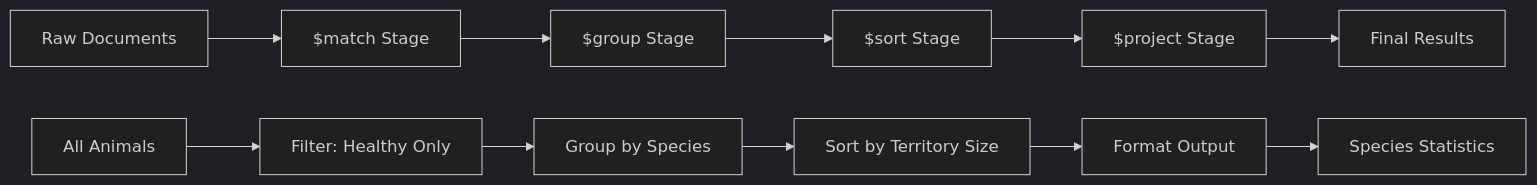
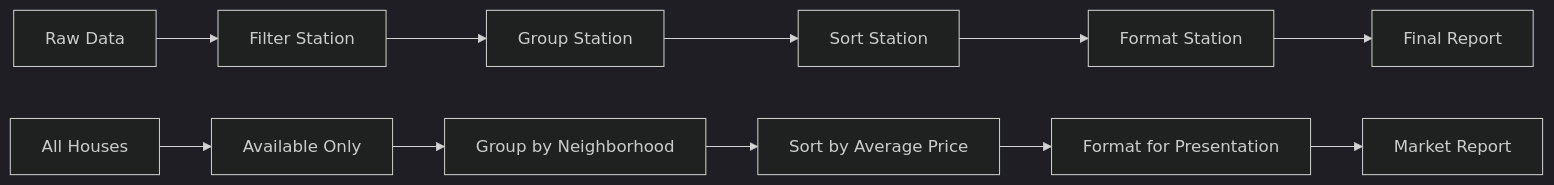
One commit to viswanathsandu/QuickGuides changed the eighth of 11 diagrams in mongodb-nature-guide.md. Above: the diagram before and after it, drawn with Mermaid (dark theme). The commit also changed other lines of this file, not shown here.

````diff
--- a/mongodb-nature-guide.md
+++ b/mongodb-nature-guide.md
@@ -486,14 +502,14 @@
 ```mermaid
 graph LR
-    A[Raw Documents] --> B[$match Stage]
-    B --> C[$group Stage]  
-    C --> D[$sort Stage]
-    D --> E[$project Stage]
-    E --> F[Final Results]
+    A[Raw Data] --> B[Filter Station]
+    B --> C[Group Station]  
+    C --> D[Sort Station]
+    D --> E[Format Station]
+    E --> F[Final Report]
     
-    A1[All Animals] --> B1[Filter: Healthy Only]
-    B1 --> C1[Group by Species]
-    C1 --> D1[Sort by Territory Size]
-    D1 --> E1[Format Output]
-    E1 --> F1[Species Statistics]
+    A1[All Houses] --> B1[Available Only]
+    B1 --> C1[Group by Neighborhood]
+    C1 --> D1[Sort by Average Price]
+    D1 --> E1[Format for Presentation]
+    E1 --> F1[Market Report]
 ```
````
